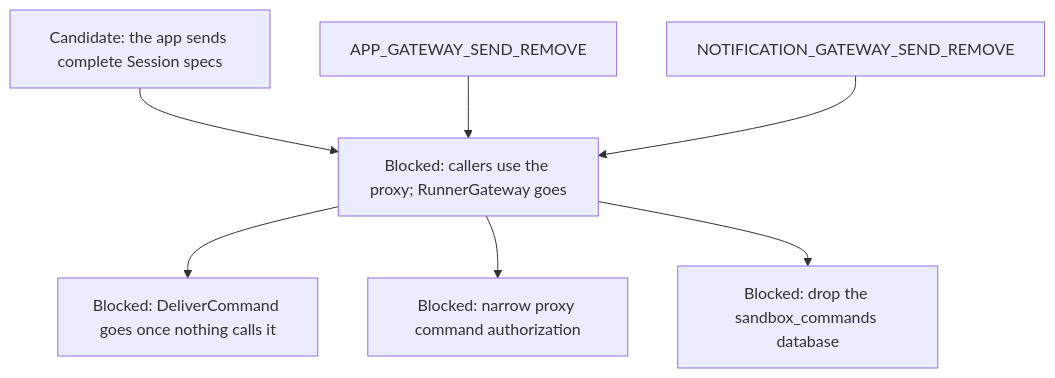
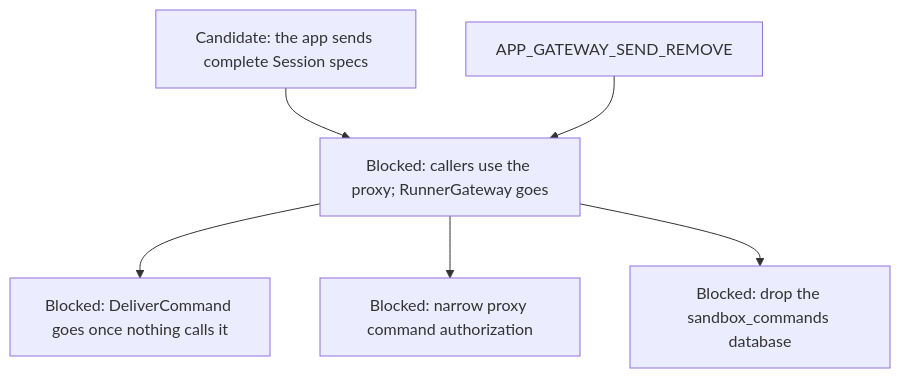
Diagram 15 of 15 in agentplane/plans/task_dag.md (agentydragon-agent/ducktape), drawn with Mermaid before and after one commit. The commit also changed other lines of this file and 16 other files, not shown here.

````diff
--- a/agentplane/plans/task_dag.md
+++ b/agentplane/plans/task_dag.md
@@ -1279,14 +1252,13 @@
 ```mermaid
 flowchart TD
     APP_SESSION_DEFAULTS[Candidate: the app sends complete Session specs]
     RUNNER_COMMAND_RPCS[Blocked: DeliverCommand goes once nothing calls it]
     GATEWAY_WRAPPER_RETIRE --> RUNNER_COMMAND_RPCS
     GATEWAY_WRAPPER_RETIRE[Blocked: callers use the proxy; RunnerGateway goes]
     GATEWAY_DATABASE_DROP[Blocked: drop the sandbox_commands database]
     APP_SESSION_DEFAULTS --> GATEWAY_WRAPPER_RETIRE
     APP_GATEWAY_SEND_REMOVE --> GATEWAY_WRAPPER_RETIRE
-    NOTIFICATION_GATEWAY_SEND_REMOVE --> GATEWAY_WRAPPER_RETIRE
     PROXY_START_METHODS_DISPATCHER_ONLY[Blocked: narrow proxy command authorization]
     GATEWAY_WRAPPER_RETIRE --> PROXY_START_METHODS_DISPATCHER_ONLY
     GATEWAY_WRAPPER_RETIRE --> GATEWAY_DATABASE_DROP
 ```
````
